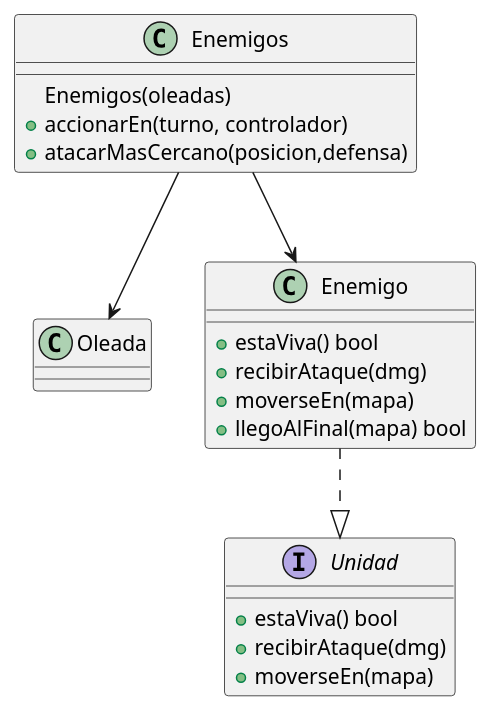
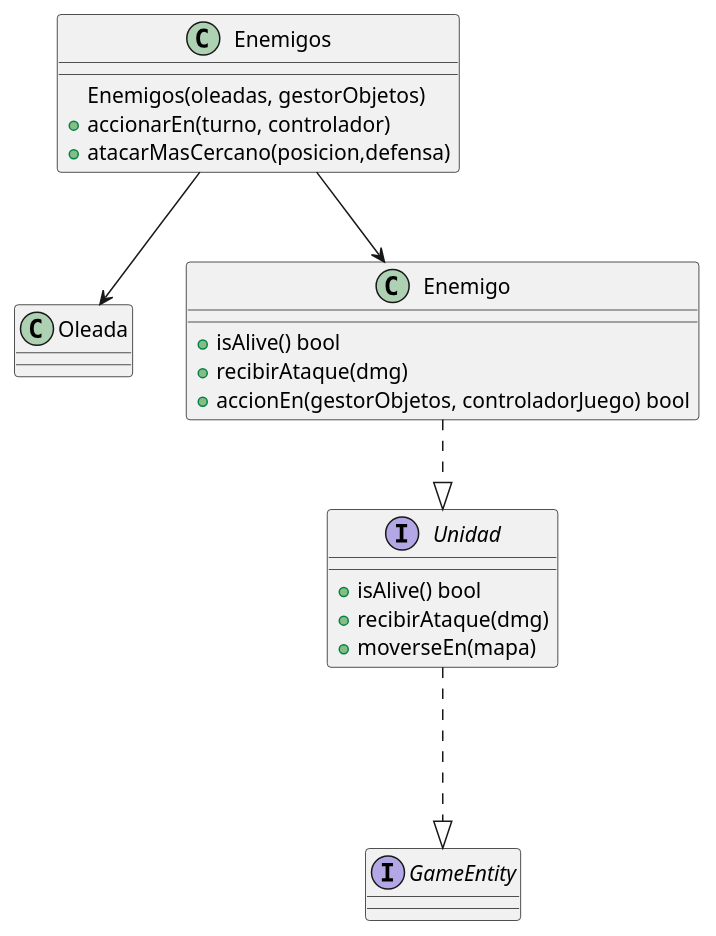
Before and after one commit to MarceloAgustinOrigoniGuillaume/Algo3_TP2_1C2023: the diagram in diagrams/classes/prototipoMarcelo/enemigos.puml, drawn with PlantUML. The commit also changed 4 other files, not shown here.

```diff
--- a/diagrams/classes/prototipoMarcelo/enemigos.puml
+++ b/diagrams/classes/prototipoMarcelo/enemigos.puml
@@ -1,31 +1,35 @@
 @startuml
 
 class Oleada{
 
 }
 
 
 class Enemigos{
-    Enemigos(oleadas)
+    Enemigos(oleadas, gestorObjetos)
     + accionarEn(turno, controlador)
     + atacarMasCercano(posicion,defensa)
 }
 
 interface Unidad{
-    + estaViva() bool
+    + isAlive() bool
     + recibirAtaque(dmg)
     + moverseEn(mapa)
 }
 
+
+
 class Enemigo{
-    + estaViva() bool
+    + isAlive() bool
     + recibirAtaque(dmg)
-    + moverseEn(mapa)
-    + llegoAlFinal(mapa) bool
+    + accionEn(gestorObjetos, controladorJuego) bool
 }
+
+interface GameEntity
+Unidad...|> GameEntity
 
 Enemigos --> Enemigo
 Enemigo ..|> Unidad
 Enemigos --> Oleada
 
 @enduml
```
